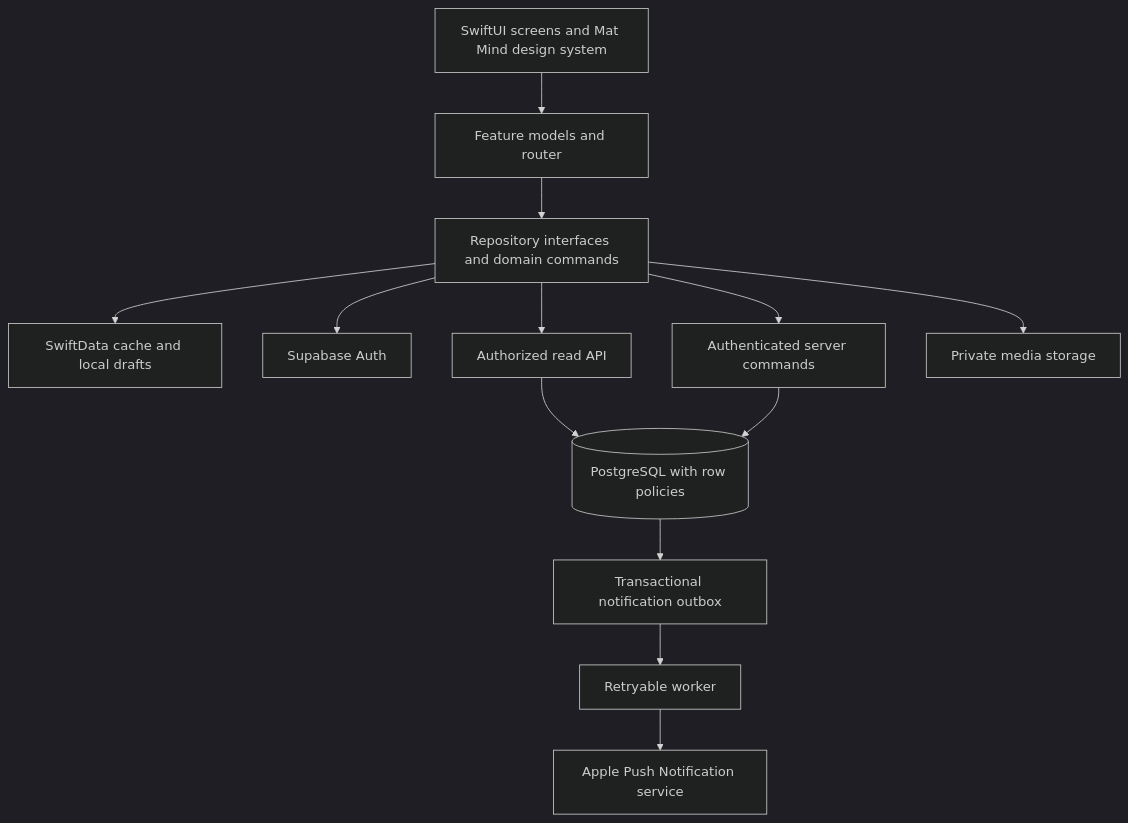
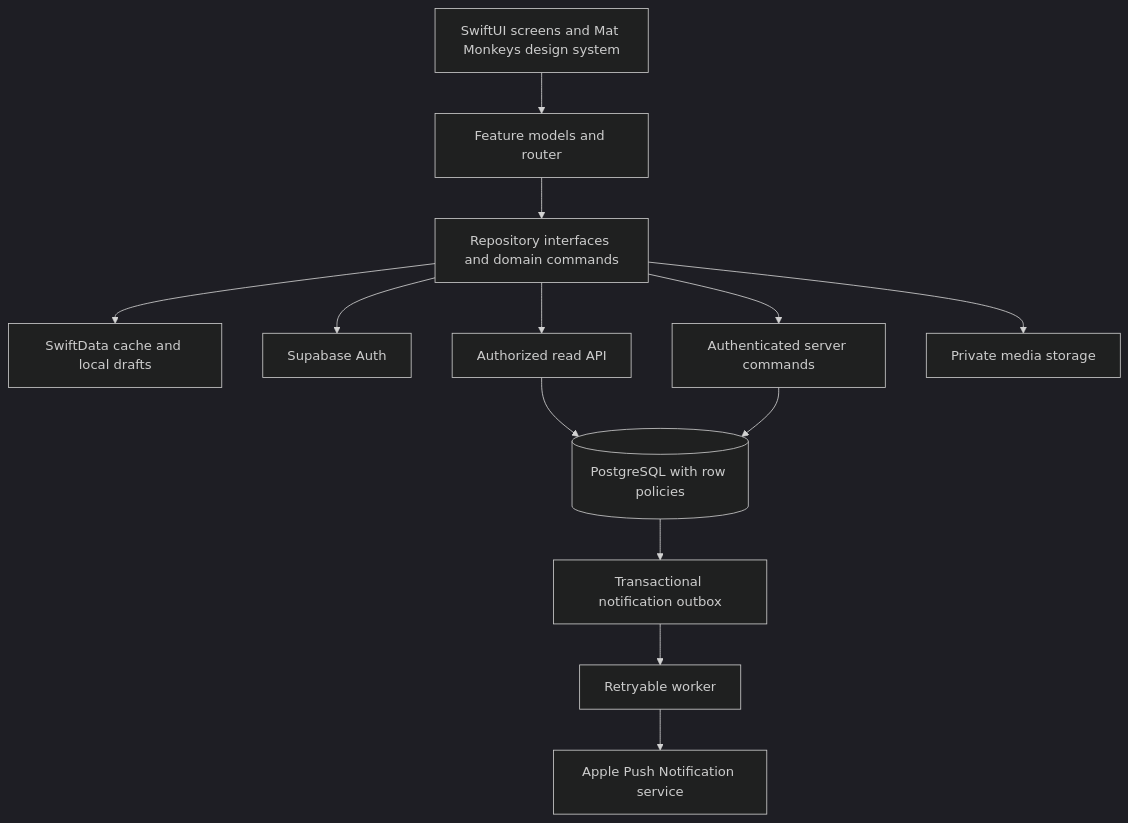
The diagram in docs/mat-mind-v2-architecture-plan.md (tienmai56/Calculated-Reps), drawn with Mermaid (dark theme) before and after one commit. The commit also changed other lines of this file and 88 other files, not shown here.

Commit message:
Rename app and design system to Mat Monkeys

````diff
--- a/docs/mat-mind-v2-architecture-plan.md
+++ b/docs/mat-mind-v2-architecture-plan.md
@@ -31,15 +31,15 @@
 ```mermaid
 flowchart TD
-    UI[SwiftUI screens and Mat Mind design system] --> State[Feature models and router]
+    UI[SwiftUI screens and Mat Monkeys design system] --> State[Feature models and router]
     State --> Repos[Repository interfaces and domain commands]
     Repos --> Local[SwiftData cache and local drafts]
     Repos --> Auth[Supabase Auth]
     Repos --> Reads[Authorized read API]
     Repos --> Commands[Authenticated server commands]
     Reads --> DB[(PostgreSQL with row policies)]
     Commands --> DB
     Repos --> Media[Private media storage]
     DB --> Outbox[Transactional notification outbox]
     Outbox --> Worker[Retryable worker]
     Worker --> APNs[Apple Push Notification service]
 ```
````
